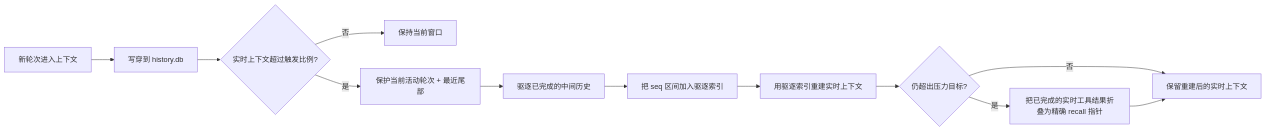
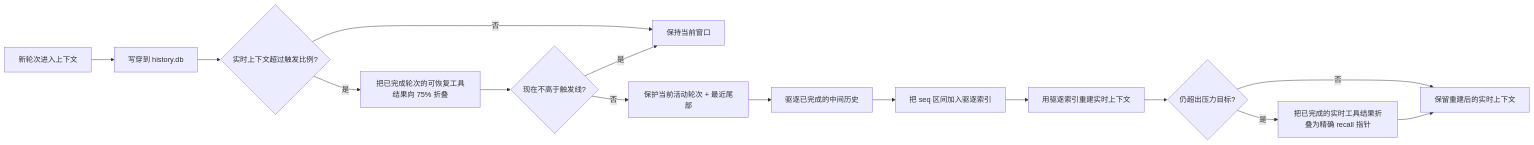
The diagram in website/public/docs/context.zh.md (agentscope-ai/QwenPaw), drawn with Mermaid before and after one commit. The commit also changed other lines of this file and 3 other files, not shown here.

````diff
--- a/website/public/docs/context.zh.md
+++ b/website/public/docs/context.zh.md
@@ -25,14 +25,17 @@
 ```mermaid
 flowchart LR
     A[新轮次进入上下文] --> B[写穿到 history.db]
     B --> C{实时上下文超过触发比例?}
     C -->|否| D[保持当前窗口]
-    C -->|是| E[保护当前活动轮次 + 最近尾部]
-    E --> F[驱逐已完成的中间历史]
-    F --> G[把 seq 区间加入驱逐索引]
-    G --> H[用驱逐索引重建实时上下文]
-    H --> I{仍超出压力目标?}
-    I -->|是| J[把已完成的实时工具结果折叠为精确 recall 指针]
-    I -->|否| K[保留重建后的实时上下文]
-    J --> K
+    C -->|是| E[把已完成轮次的可恢复工具结果向 75% 折叠]
+    E --> F{现在不高于触发线?}
+    F -->|是| D
+    F -->|否| G[保护当前活动轮次 + 最近尾部]
+    G --> H[驱逐已完成的中间历史]
+    H --> I[把 seq 区间加入驱逐索引]
+    I --> J[用驱逐索引重建实时上下文]
+    J --> K{仍超出压力目标?}
+    K -->|是| L[把已完成的实时工具结果折叠为精确 recall 指针]
+    K -->|否| M[保留重建后的实时上下文]
+    L --> M
 ```
````
